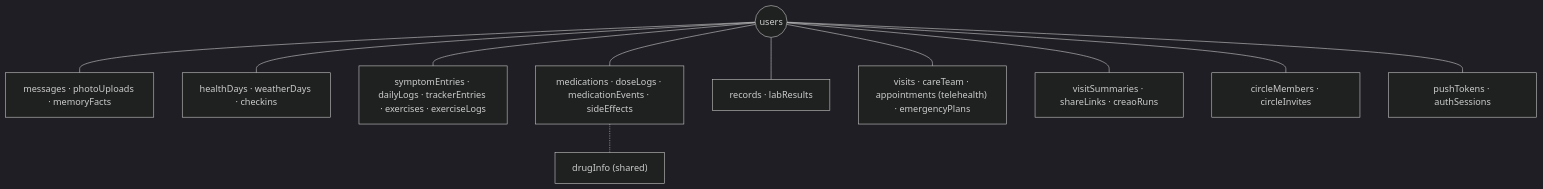
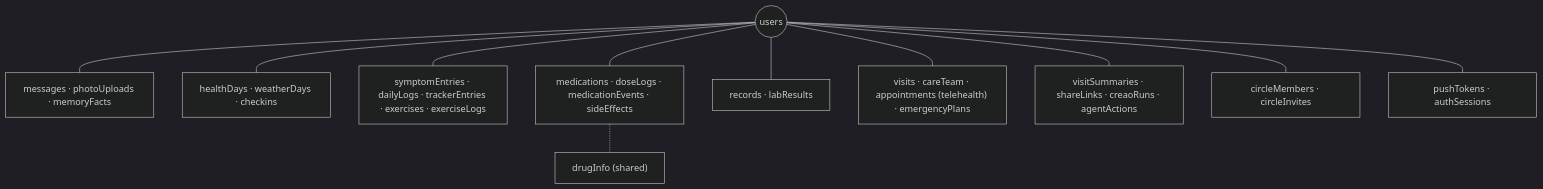
The third of 4 diagrams in README.md (johnandrian/wellnest), drawn with Mermaid (dark theme) before and after one commit. The commit also changed other lines of this file and 5 other files, not shown here.

Commit message:
feat: add an agent action queue where proposed actions only run after the user approves them

````diff
--- a/README.md
+++ b/README.md
@@ -90,14 +90,14 @@
 ```mermaid
 flowchart TB
   users(("users"))
   users --- chat["messages · photoUploads · memoryFacts"]
   users --- health["healthDays · weatherDays · checkins"]
   users --- journal["symptomEntries · dailyLogs · trackerEntries · exercises · exerciseLogs"]
   users --- meds["medications · doseLogs · medicationEvents · sideEffects"]
   users --- records["records · labResults"]
   meds -.- drugInfo["drugInfo (shared)"]
   users --- care["visits · careTeam · appointments (telehealth) · emergencyPlans"]
-  users --- out["visitSummaries · shareLinks · creaoRuns"]
+  users --- out["visitSummaries · shareLinks · creaoRuns · agentActions"]
   users --- circle["circleMembers · circleInvites"]
   users --- devices["pushTokens · authSessions"]
 ```
````
